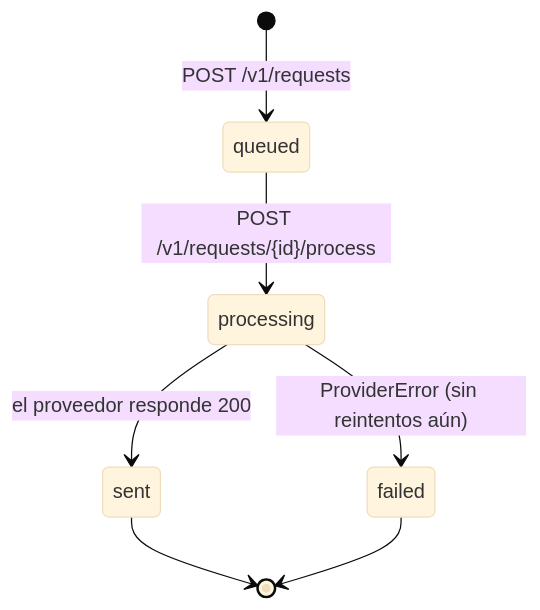
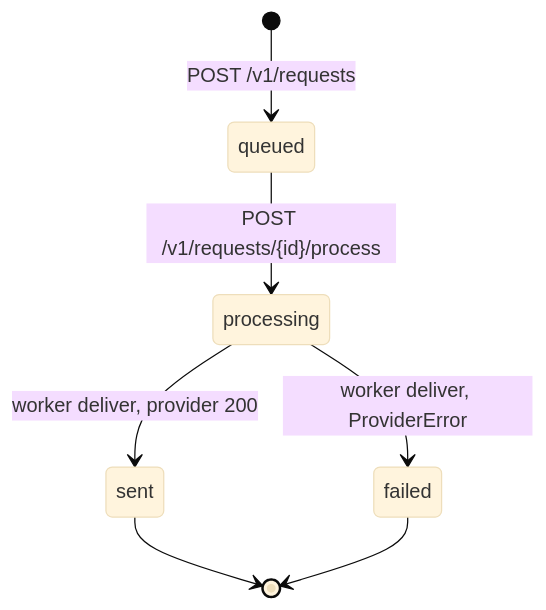
One commit to Franziskeer/ams-solutions-prueba-backend-python changed the diagram in README.md. Above: the diagram before and after it, drawn with Mermaid (base theme). The commit also changed other lines of this file, not shown here.

Commit message:
docs: explain background delivery and the processing state

````diff
--- a/README.md
+++ b/README.md
@@ -93,9 +95,9 @@
 ```mermaid
 stateDiagram-v2
     [*] --> queued: POST /v1/requests
     queued --> processing: POST /v1/requests/{id}/process
-    processing --> sent: el proveedor responde 200
-    processing --> failed: ProviderError (sin reintentos aún)
+    processing --> sent: worker deliver, provider 200
+    processing --> failed: worker deliver, ProviderError
     sent --> [*]
     failed --> [*]
 ```
````
